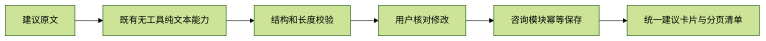
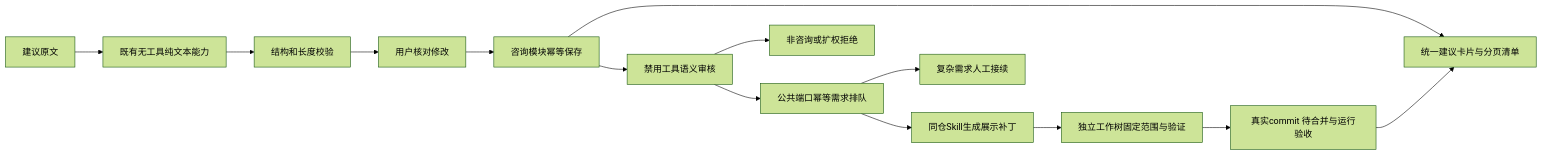
Before and after one commit to exception-coder/kai-toolbox: diagram 28 of 28 in docs/ai-coding-architecture.md, drawn with Mermaid (forest theme). The commit also changed other lines of this file and 29 other files, not shown here.

````diff
--- a/docs/ai-coding-architecture.md
+++ b/docs/ai-coding-architecture.md
@@ -758,8 +758,16 @@
 ```mermaid
 flowchart LR
   Raw[建议原文] --> Runner[既有无工具纯文本能力]
   Runner --> Validation[结构和长度校验]
   Validation --> Confirm[用户核对修改]
   Confirm --> Record[咨询模块幂等保存]
   Record --> Board[统一建议卡片与分页清单]
+  Record --> Review[禁用工具语义审核]
+  Review --> Reject[非咨询或扩权拒绝]
+  Review --> Queue[公共端口幂等需求排队]
+  Queue --> Human[复杂需求人工接续]
+  Queue --> Patch[同仓Skill生成展示补丁]
+  Patch --> Guard[独立工作树固定范围与验证]
+  Guard --> Commit[真实commit 待合并与运行验收]
+  Commit --> Board
 ```
````
